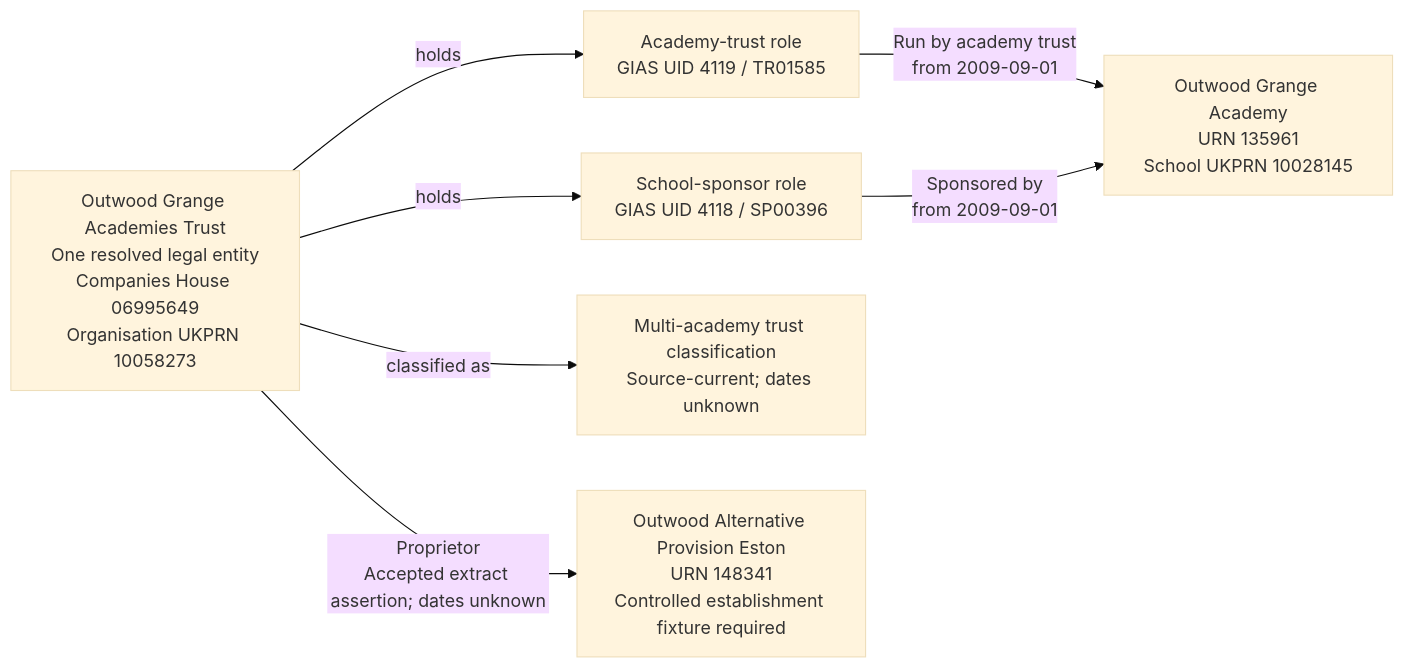
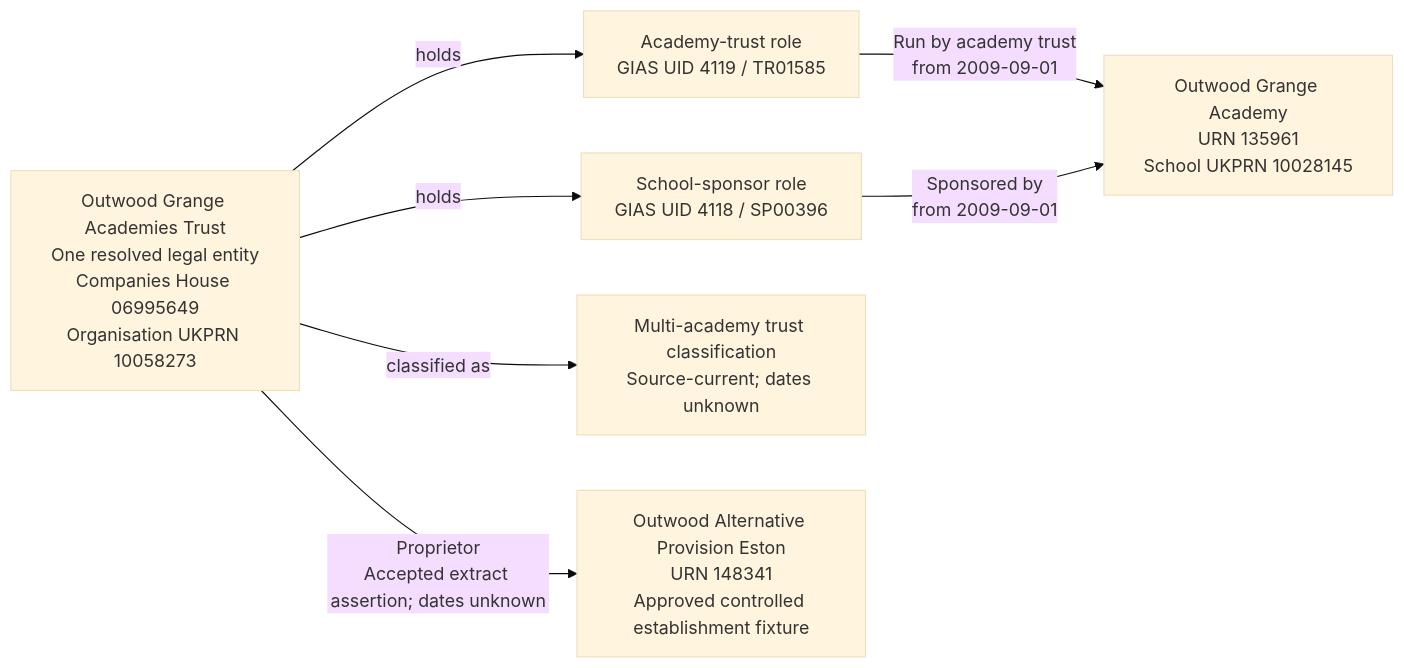
One commit to DFE-Digital/education-provider-registry-docs changed the diagram in models/schema/establishment/cases/t10-outwood-grange-academies-trust-multiple-responsibilities.md. Above: the diagram before and after it, drawn with Mermaid (base theme). The commit also changed other lines of this file and 63 other files, not shown here.

````diff
--- a/models/schema/establishment/cases/t10-outwood-grange-academies-trust-multiple-responsibilities.md
+++ b/models/schema/establishment/cases/t10-outwood-grange-academies-trust-multiple-responsibilities.md
@@ -75,15 +75,15 @@
 ```mermaid
 flowchart LR
     P["Outwood Grange Academies Trust<br/>One resolved legal entity<br/>Companies House 06995649<br/>Organisation UKPRN 10058273"]
     AR["Academy-trust role<br/>GIAS UID 4119 / TR01585"]
     SR["School-sponsor role<br/>GIAS UID 4118 / SP00396"]
     C["Multi-academy trust classification<br/>Source-current; dates unknown"]
     A["Outwood Grange Academy<br/>URN 135961<br/>School UKPRN 10028145"]
-    I["Outwood Alternative Provision Eston<br/>URN 148341<br/>Controlled establishment fixture required"]
+    I["Outwood Alternative Provision Eston<br/>URN 148341<br/>Approved controlled establishment fixture"]
     P -->|holds| AR
     P -->|holds| SR
     P -->|classified as| C
     AR -->|"Run by academy trust<br/>from 2009-09-01"| A
     SR -->|"Sponsored by<br/>from 2009-09-01"| A
     P -->|"Proprietor<br/>Accepted extract assertion; dates unknown"| I
 ```
````
